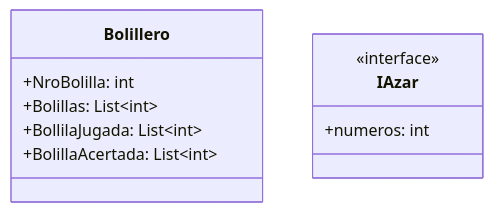
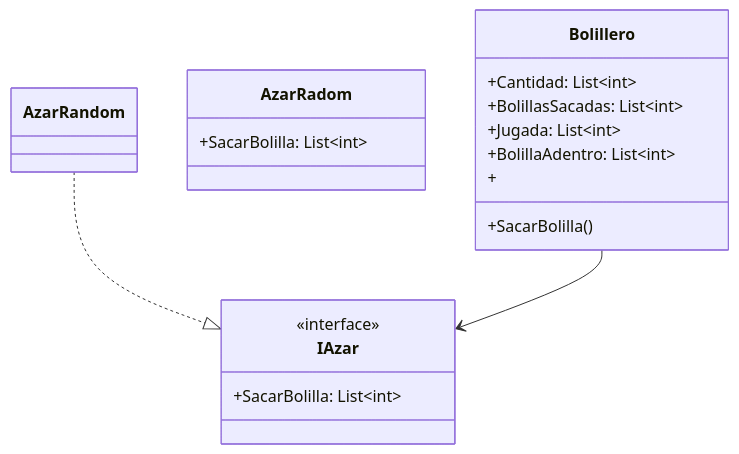
Before and after one commit to NayeliSacaca05/Bolilleros: the diagram in docs/Diagrama.md, drawn with Mermaid. The commit also changed 4 other files, not shown here.

````diff
--- a/docs/Diagrama.md
+++ b/docs/Diagrama.md
@@ -1,19 +1,26 @@
 ```mermaid
 
 classDiagram
 
 class Bolillero{
-    +NroBolilla: int
-    +Bolillas: List~int~
-    +BollilaJugada: List~int~ 
-    +BolillaAcertada: List~int~
+    +Cantidad: List~int~
+    +BolillasSacadas: List~int~
+    +Jugada: List~int~ 
+    +BolillaAdentro: List~int~
+    +
+    +SacarBolilla()
 }
-
-
 
 class IAzar{
     <<interface>>
-    +numeros: int
+    +SacarBolilla: List~int~
 }
 
+class AzarRadom{
+    +SacarBolilla: List~int~
+}
+
+AzarRandom ..|> IAzar 
+Bolillero --> IAzar 
+
 ```
````
